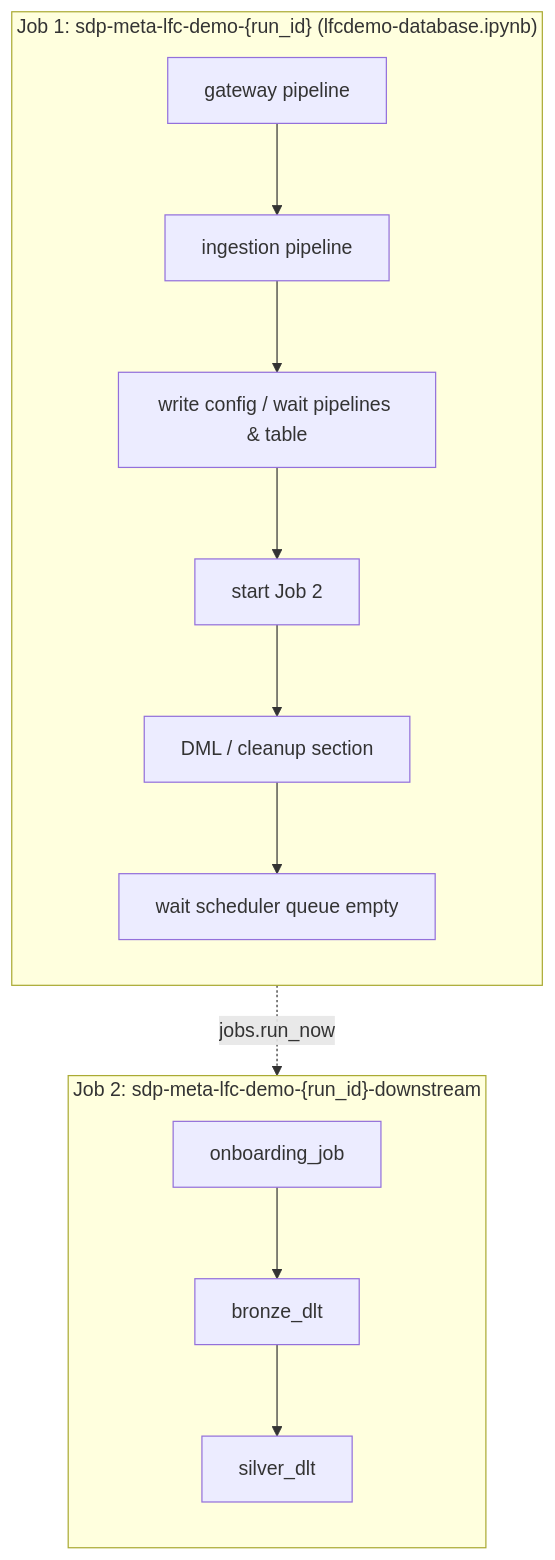
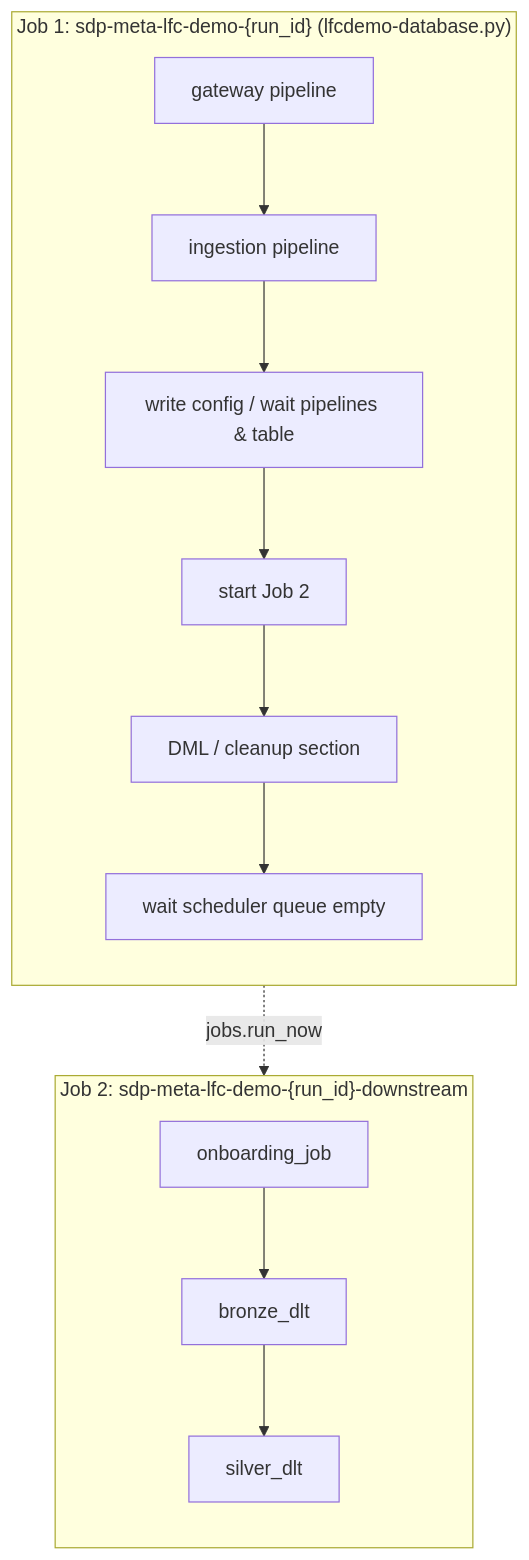
The diagram in docs/content/demo/LakeflowConnectDemo.md (romnickmendozaramos-lab/Metadata-Driven-Lakehouse-Pipelines), drawn with Mermaid before and after one commit. The commit also changed other lines of this file and 5 other files, not shown here.

Commit message:
Coverted lfc demo to py format

````diff
--- a/docs/content/demo/LakeflowConnectDemo.md
+++ b/docs/content/demo/LakeflowConnectDemo.md
@@ -321,23 +321,23 @@
 ```mermaid
 flowchart TB
-  subgraph J1["Job 1: sdp-meta-lfc-demo-{run_id} (lfcdemo-database.ipynb)"]
+  subgraph J1["Job 1: sdp-meta-lfc-demo-{run_id} (lfcdemo-database.py)"]
     direction TB
     A[gateway pipeline]
     B[ingestion pipeline]
     C[write config / wait pipelines & table]
     D[start Job 2]
     E[DML / cleanup section]
     F[wait scheduler queue empty]
     A --> B --> C --> D --> E --> F
   end
 
   subgraph J2["Job 2: sdp-meta-lfc-demo-{run_id}-downstream"]
     direction TB
     G[onboarding_job]
     H[bronze_dlt]
     I[silver_dlt]
     G --> H --> I
   end
 
   D -.->|jobs.run_now| G
 ```
````
